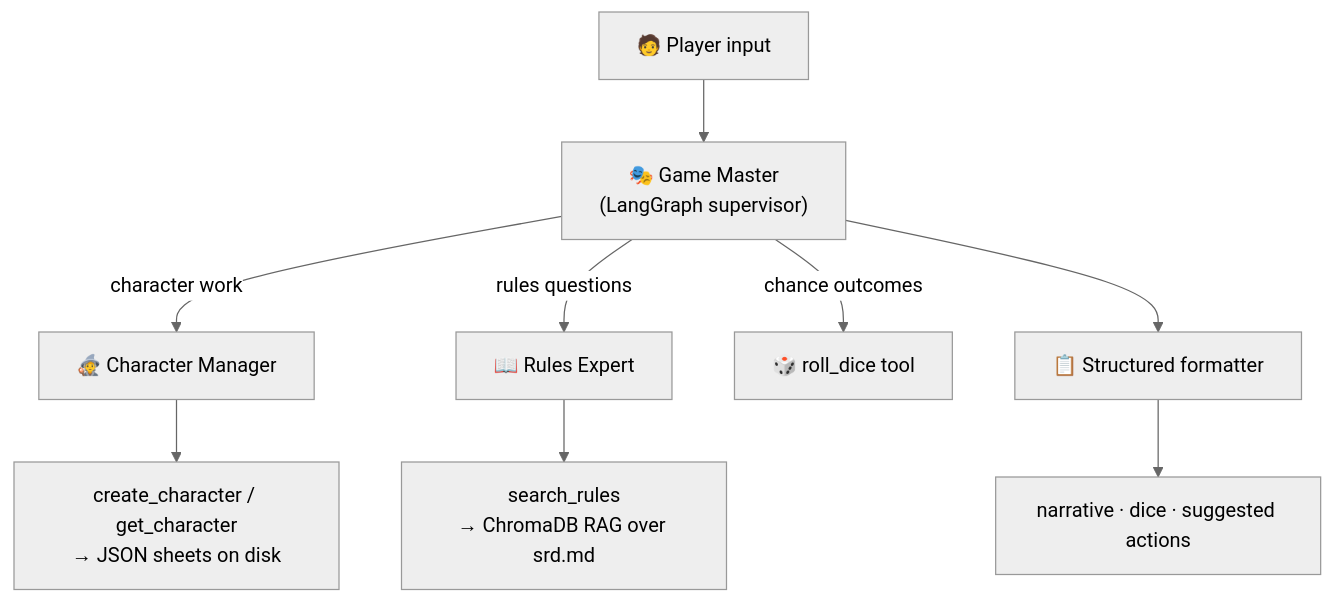
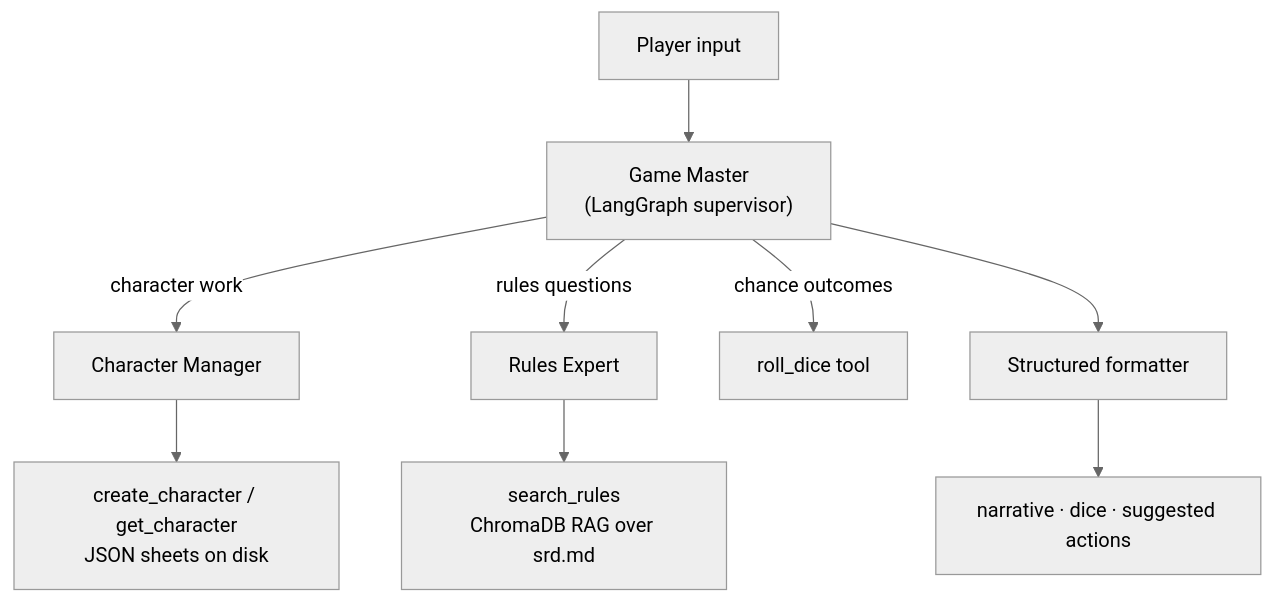
Before and after one commit to ShauryaKumar09/Dungeons-and-Dragons-Game-Master-: the diagram in README.md, drawn with Mermaid (neutral theme). The commit also changed other lines of this file and 2 other files, not shown here.

````diff
--- a/README.md
+++ b/README.md
@@ -48,11 +48,11 @@
 ```mermaid
 graph TD
-    P["🧑 Player input"] --> GM["🎭 Game Master<br/>(LangGraph supervisor)"]
-    GM -->|character work| CA["🧙 Character Manager"]
-    GM -->|rules questions| RA["📖 Rules Expert"]
-    GM -->|chance outcomes| D["🎲 roll_dice tool"]
-    CA --> T1["create_character / get_character<br/>→ JSON sheets on disk"]
-    RA --> T2["search_rules<br/>→ ChromaDB RAG over srd.md"]
-    GM --> F["📋 Structured formatter"]
+    P["Player input"] --> GM["Game Master<br/>(LangGraph supervisor)"]
+    GM -->|character work| CA["Character Manager"]
+    GM -->|rules questions| RA["Rules Expert"]
+    GM -->|chance outcomes| D["roll_dice tool"]
+    CA --> T1["create_character / get_character<br/>JSON sheets on disk"]
+    RA --> T2["search_rules<br/>ChromaDB RAG over srd.md"]
+    GM --> F["Structured formatter"]
     F --> O["narrative · dice · suggested actions"]
 ```
````
